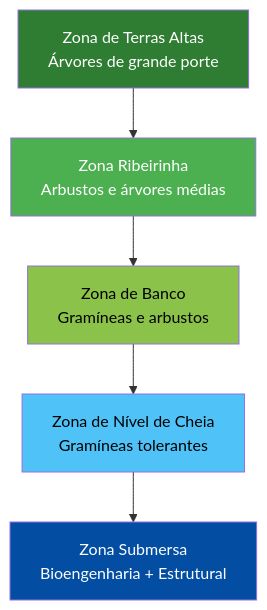
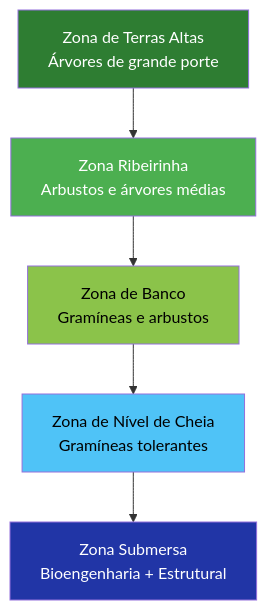
One commit to ldvsantos/cv changed the first of 10 diagrams in aulas/bioengenharia_de_solos/aulas/feixes_vivos/feixes_vivos.qmd. Above: the diagram before and after it, drawn with Mermaid. The commit also changed other lines of this file and 466 other files, not shown here.

````diff
--- a/aulas/bioengenharia_de_solos/aulas/feixes_vivos/feixes_vivos.qmd
+++ b/aulas/bioengenharia_de_solos/aulas/feixes_vivos/feixes_vivos.qmd
@@ -114,13 +112,13 @@
 ```{mermaid}
 %%| fig-width: 5
 graph TB
     A["Zona de Terras Altas<br>Árvores de grande porte"] --> B["Zona Ribeirinha<br>Arbustos e árvores médias"]
     B --> C["Zona de Banco<br>Gramíneas e arbustos"]
     C --> D["Zona de Nível de Cheia<br>Gramíneas tolerantes"]
     D --> E["Zona Submersa<br>Bioengenharia + Estrutural"]
     style A fill:#2E7D32,color:#fff
     style B fill:#4CAF50,color:#fff
     style C fill:#8BC34A,color:#000
     style D fill:#4FC3F7,color:#000
-    style E fill:#034EA2,color:#fff
+    style E fill:#2135A6,color:#fff
 ```
````
